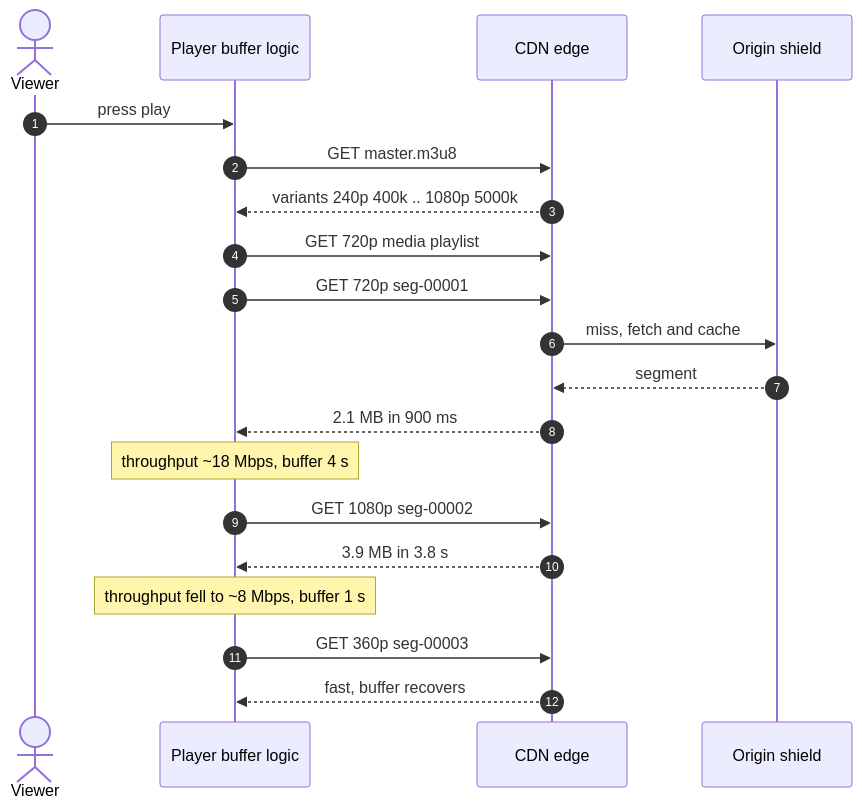
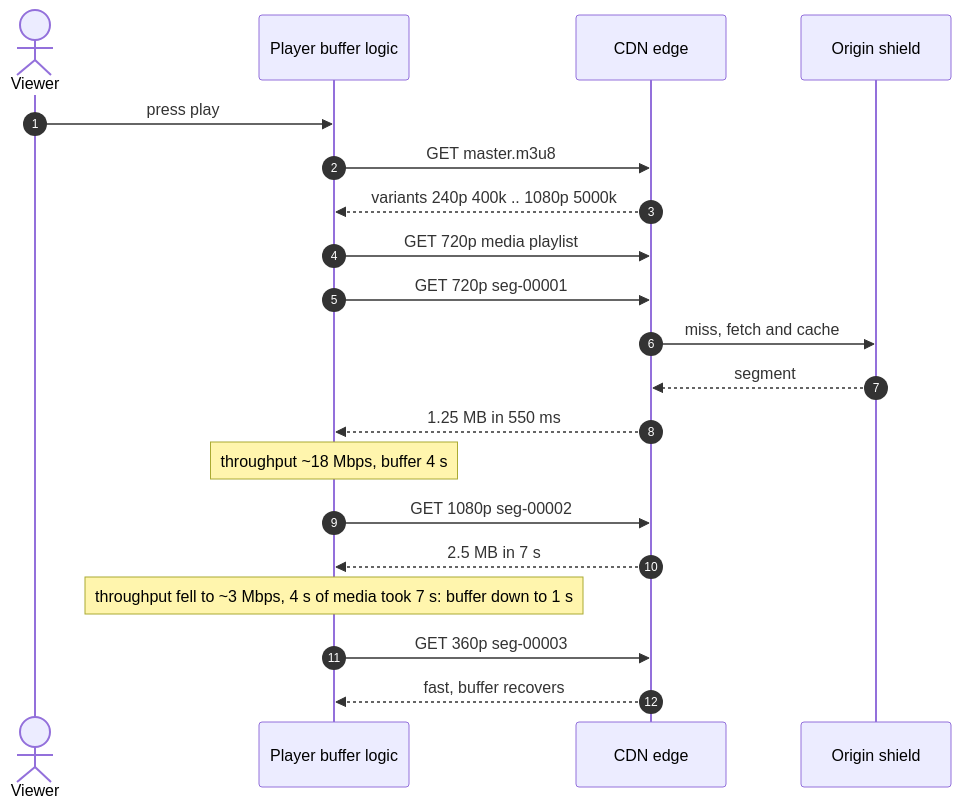
One commit to param087/hld-lld-interview-handbook changed the sixth of 7 diagrams in docs/hld/case-studies/video-streaming.md. Above: the diagram before and after it, drawn with Mermaid. The commit also changed other lines of this file and 29 other files, not shown here.

````diff
--- a/docs/hld/case-studies/video-streaming.md
+++ b/docs/hld/case-studies/video-streaming.md
@@ -331,22 +331,22 @@
 ```mermaid
 sequenceDiagram
     autonumber
     actor V as Viewer
     participant P as Player buffer logic
     participant E as CDN edge
     participant O as Origin shield
     V->>P: press play
     P->>E: GET master.m3u8
     E-->>P: variants 240p 400k .. 1080p 5000k
     P->>E: GET 720p media playlist
     P->>E: GET 720p seg-00001
     E->>O: miss, fetch and cache
     O-->>E: segment
-    E-->>P: 2.1 MB in 900 ms
+    E-->>P: 1.25 MB in 550 ms
     Note over P: throughput ~18 Mbps, buffer 4 s
     P->>E: GET 1080p seg-00002
-    E-->>P: 3.9 MB in 3.8 s
-    Note over P: throughput fell to ~8 Mbps, buffer 1 s
+    E-->>P: 2.5 MB in 7 s
+    Note over P: throughput fell to ~3 Mbps, 4 s of media took 7 s: buffer down to 1 s
     P->>E: GET 360p seg-00003
     E-->>P: fast, buffer recovers
 ```
````
